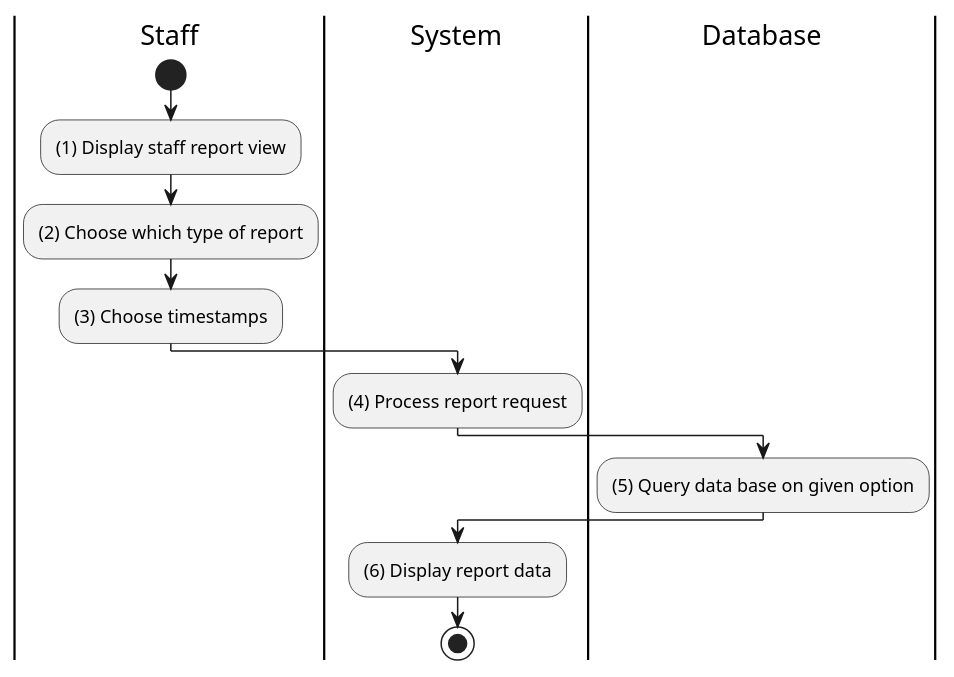
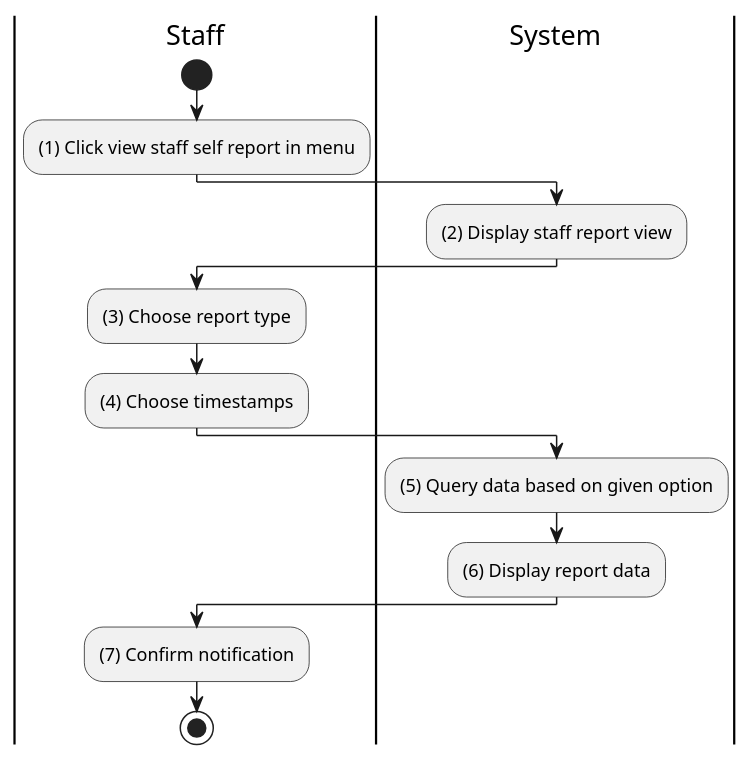
The diagram in docs/software-docs/activity/view-staff-self-report/view-staff-self-report.md (electricilies/electricilies.github.io), drawn with PlantUML before and after one commit. The commit also changed 47 other files, not shown here.

````diff
--- a/docs/software-docs/activity/view-staff-self-report/view-staff-self-report.md
+++ b/docs/software-docs/activity/view-staff-self-report/view-staff-self-report.md
@@ -3,22 +3,21 @@
 ```plantuml
 @startuml
 |St|Staff
 |S|System
-|D|Database
 
 |St|
 start
-:(1) Display staff report view;
+:(1) Click view staff self report in menu;
+|S|
+:(2) Display staff report view;
 |St|
-:(2) Choose which type of report;
-:(3) Choose timestamps;
+:(3) Choose report type;
+:(4) Choose timestamps;
 |S|
-:(4) Process report request;
-|D|
-:(5) Query data base on given option;
-|S|
+:(5) Query data based on given option;
 :(6) Display report data;
+|St|
+:(7) Confirm notification;
 stop
-
 @enduml
 ```
````
